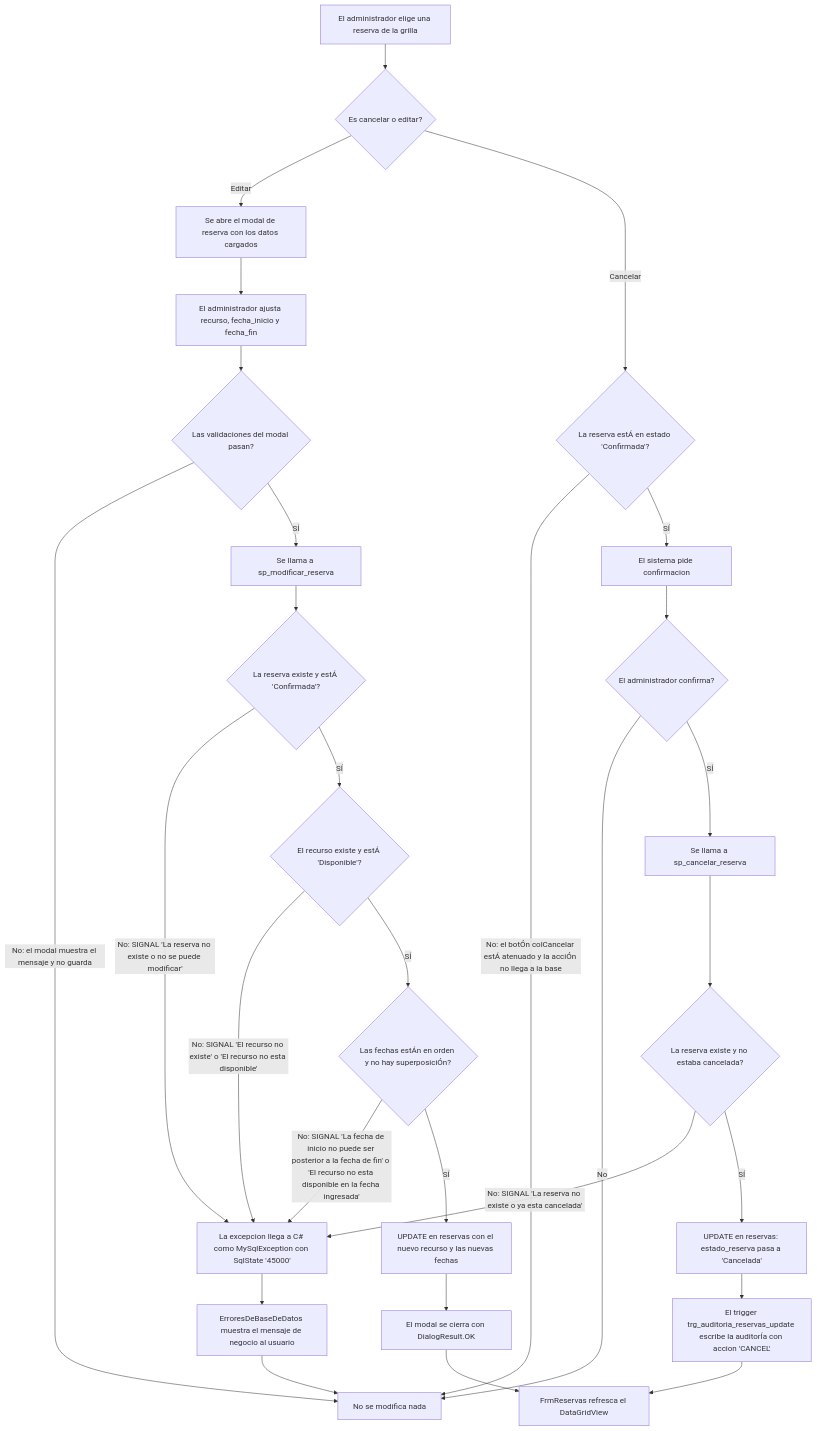
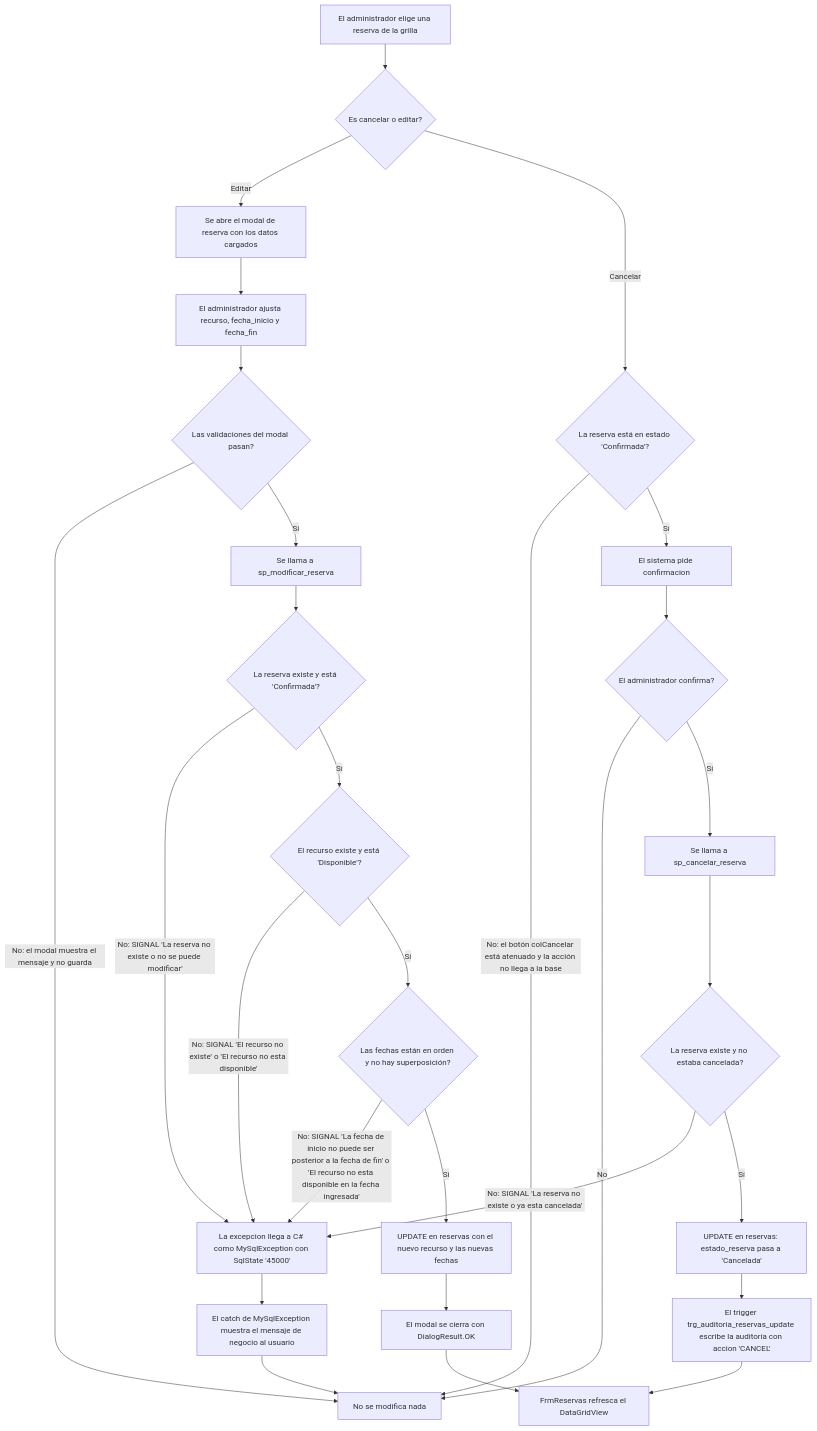
The fifth of 5 diagrams in Docs/DFD.md (adrianbeep/final-algoritmos), drawn with Mermaid before and after one commit. The commit also changed other lines of this file and 7 other files, not shown here.

````diff
--- a/Docs/DFD.md
+++ b/Docs/DFD.md
@@ -329,31 +338,31 @@
 ```mermaid
 flowchart TD
     A["El administrador elige una reserva de la grilla"] --> B{"Es cancelar o editar?"}
     B -->|Editar| K["Se abre el modal de reserva con los datos cargados"]
-    B -->|Cancelar| C{"La reserva estÁ en estado 'Confirmada'?"}
-    C -->|"No: el botÓn colCancelar estÁ atenuado y la acciÓn no llega a la base"| Z
-    C -->|SÍ| D["El sistema pide confirmacion"]
+    B -->|Cancelar| C{"La reserva está en estado 'Confirmada'?"}
+    C -->|"No: el botón colCancelar está atenuado y la acción no llega a la base"| Z
+    C -->|Sí| D["El sistema pide confirmacion"]
     D --> E{"El administrador confirma?"}
     E -->|No| Z
-    E -->|SÍ| F["Se llama a sp_cancelar_reserva"]
+    E -->|Sí| F["Se llama a sp_cancelar_reserva"]
     F --> G{"La reserva existe y no estaba cancelada?"}
     G -->|"No: SIGNAL 'La reserva no existe o ya esta cancelada'"| T
-    G -->|SÍ| H["UPDATE en reservas: estado_reserva pasa a 'Cancelada'"]
-    H --> I["El trigger trg_auditoria_reservas_update escribe la auditorÍa con accion 'CANCEL'"]
+    G -->|Sí| H["UPDATE en reservas: estado_reserva pasa a 'Cancelada'"]
+    H --> I["El trigger trg_auditoria_reservas_update escribe la auditoría con accion 'CANCEL'"]
     I --> J["FrmReservas refresca el DataGridView"]
     K --> L["El administrador ajusta recurso, fecha_inicio y fecha_fin"]
     L --> M{"Las validaciones del modal pasan?"}
     M -->|"No: el modal muestra el mensaje y no guarda"| Z
-    M -->|SÍ| N["Se llama a sp_modificar_reserva"]
-    N --> O{"La reserva existe y estÁ 'Confirmada'?"}
+    M -->|Sí| N["Se llama a sp_modificar_reserva"]
+    N --> O{"La reserva existe y está 'Confirmada'?"}
     O -->|"No: SIGNAL 'La reserva no existe o no se puede modificar'"| T
-    O -->|SÍ| P{"El recurso existe y estÁ 'Disponible'?"}
+    O -->|Sí| P{"El recurso existe y está 'Disponible'?"}
     P -->|"No: SIGNAL 'El recurso no existe' o 'El recurso no esta disponible'"| T
-    P -->|SÍ| Q{"Las fechas estÁn en orden y no hay superposiciÓn?"}
+    P -->|Sí| Q{"Las fechas están en orden y no hay superposición?"}
     Q -->|"No: SIGNAL 'La fecha de inicio no puede ser posterior a la fecha de fin' o 'El recurso no esta disponible en la fecha ingresada'"| T
-    Q -->|SÍ| R["UPDATE en reservas con el nuevo recurso y las nuevas fechas"]
+    Q -->|Sí| R["UPDATE en reservas con el nuevo recurso y las nuevas fechas"]
     R --> S["El modal se cierra con DialogResult.OK"]
     S --> J
-    T["La excepcion llega a C# como MySqlException con SqlState '45000'"] --> U["ErroresDeBaseDeDatos muestra el mensaje de negocio al usuario"]
+    T["La excepcion llega a C# como MySqlException con SqlState '45000'"] --> U["El catch de MySqlException muestra el mensaje de negocio al usuario"]
     U --> Z["No se modifica nada"]
 ```
````
